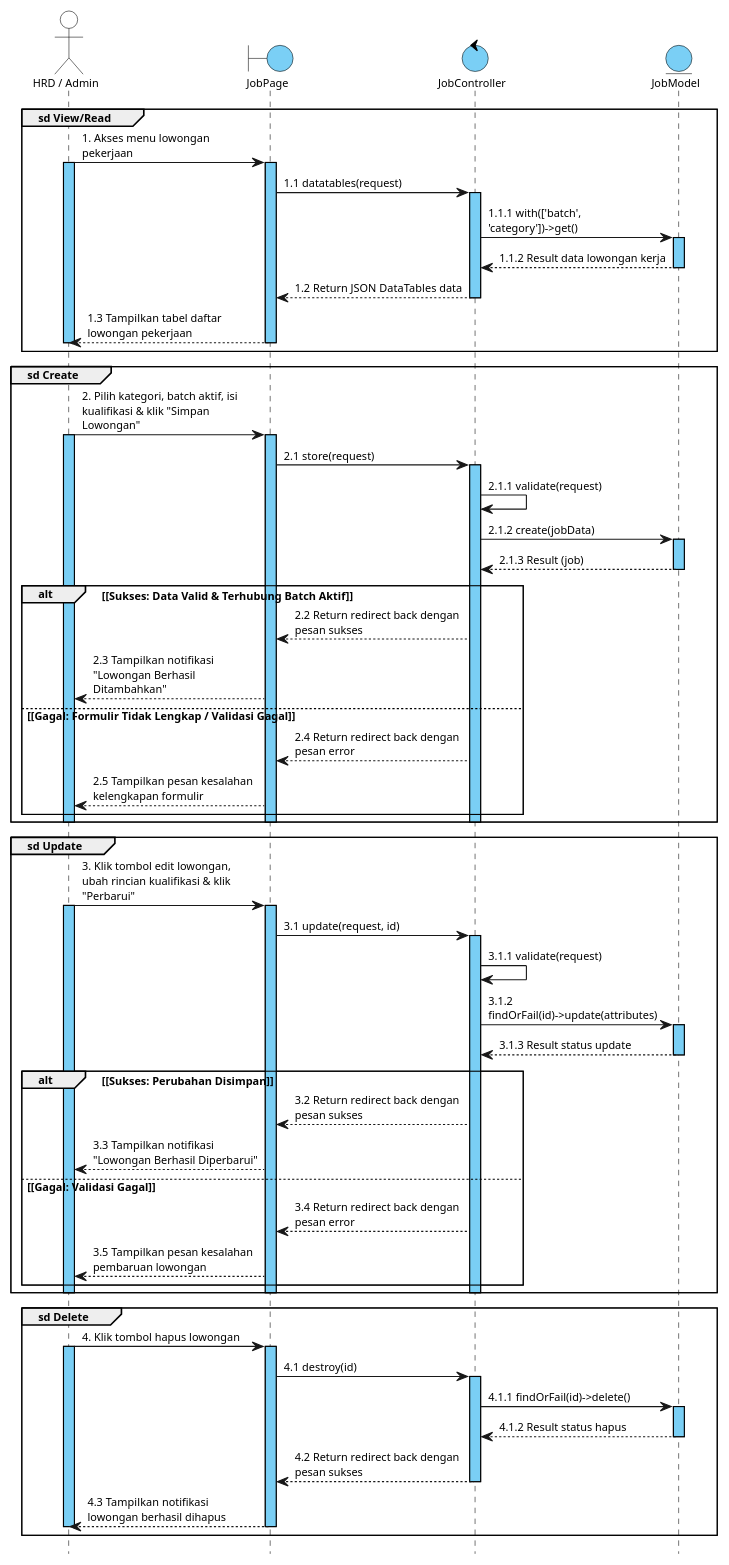
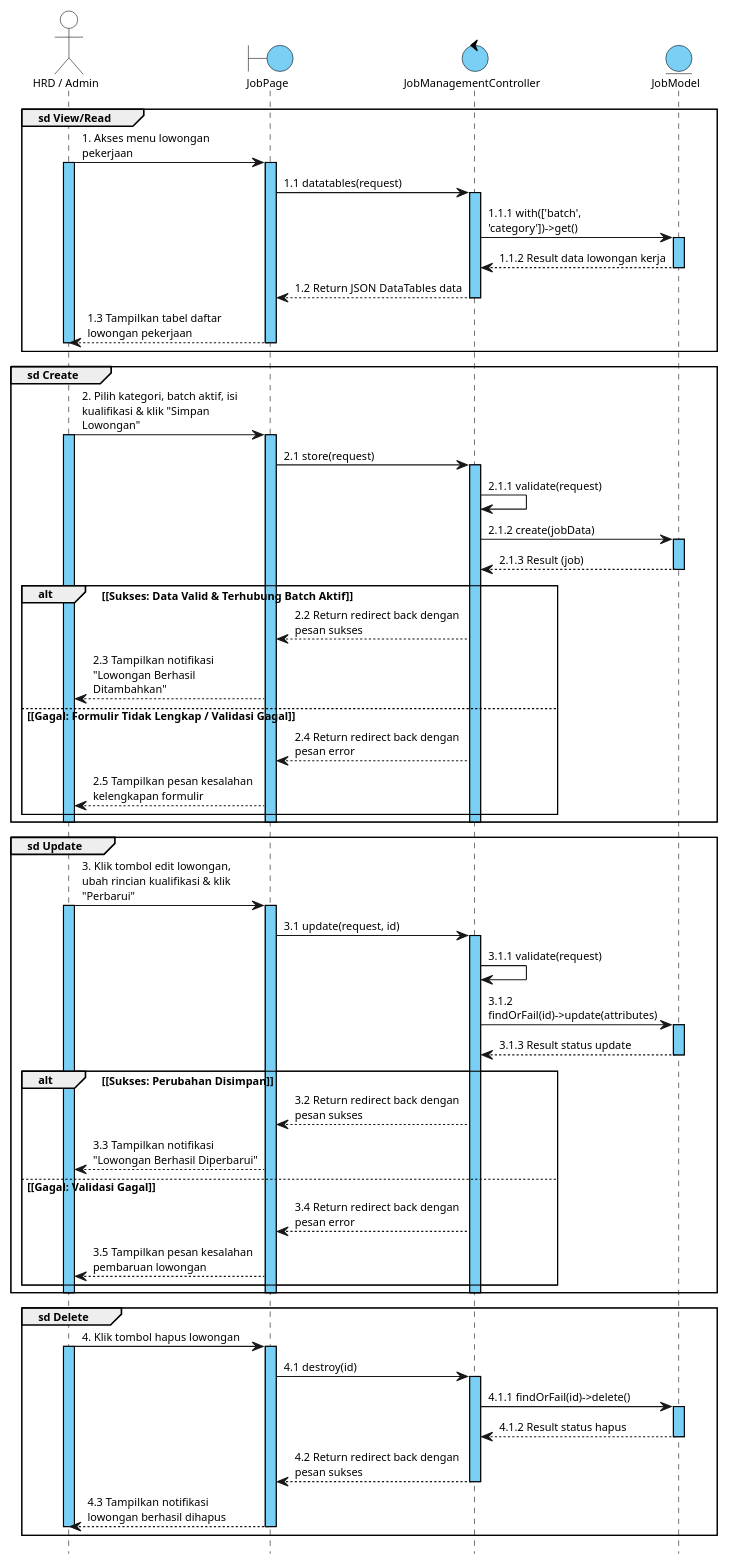
The diagram in public/assets/diagrams/VP/Sequence/UC-10_Kelola_Lowongan_Sequence.puml (Madtive-Studio/klinik_keluarga_career), drawn with PlantUML before and after one commit. The commit also changed 10 other files, not shown here.

Commit message:
docs: sync deployment, class and sequence diagrams and report with codebase

```diff
--- a/public/assets/diagrams/VP/Sequence/UC-10_Kelola_Lowongan_Sequence.puml
+++ b/public/assets/diagrams/VP/Sequence/UC-10_Kelola_Lowongan_Sequence.puml
@@ -1,142 +1,142 @@
 @startuml UC-10_Kelola_Lowongan_Sequence
 skinparam defaultFontName Arial
 skinparam defaultFontSize 10
 skinparam shadowing false
 skinparam sequenceArrowThickness 1
 skinparam sequenceParticipantBorderThickness 1
 skinparam sequenceLifeLineBorderColor #000000
 skinparam sequenceLifeLineBorderThickness 1
 skinparam sequenceLifeLineBackgroundColor #7ACFF5
 skinparam sequenceGroupBorderThickness 1
 skinparam sequenceGroupFontSize 10
 skinparam sequenceGroupHeaderFontColor #000000
 skinparam sequenceGroupFontColor #000000
 skinparam sequenceMessageAlign left
 skinparam responseMessageBelowArrow true
 skinparam maxMessageSize 160
 skinparam pageMargin 10
 hide footbox
 
 skinparam participant {
   BackgroundColor #7ACFF5
   BorderColor #000000
   FontSize 10
 }
 
 skinparam actor {
   BackgroundColor #FFFFFF
   BorderColor #000000
   FontSize 10
 }
 
 skinparam boundary {
   BackgroundColor #7ACFF5
   BorderColor #000000
   FontSize 10
 }
 
 skinparam control {
   BackgroundColor #7ACFF5
   BorderColor #000000
   FontSize 10
 }
 
 skinparam entity {
   BackgroundColor #7ACFF5
   BorderColor #000000
   FontSize 10
 }
 
 ' Deklarasi Lifeline
 actor "HRD / Admin" as HRD
 boundary "JobPage" as Page
-control "JobController" as Controller
+control "JobManagementController" as Controller
 entity "JobModel" as Model
 
 ' Group sd View/Read: Akses Data Lowongan
 group sd View/Read
   HRD -> Page : 1. Akses menu lowongan pekerjaan
   activate HRD
   activate Page
   Page -> Controller : 1.1 datatables(request)
   activate Controller
   Controller -> Model : 1.1.1 with(['batch', 'category'])->get()
   activate Model
   Model --> Controller : 1.1.2 Result data lowongan kerja
   deactivate Model
   Controller --> Page : 1.2 Return JSON DataTables data
   deactivate Controller
   Page --> HRD : 1.3 Tampilkan tabel daftar lowongan pekerjaan
   deactivate Page
   deactivate HRD
 end
 
 ' Group sd Create: Buat Posisi Lowongan Baru
 group sd Create
   HRD -> Page : 2. Pilih kategori, batch aktif, isi kualifikasi & klik "Simpan Lowongan"
   activate HRD
   activate Page
   Page -> Controller : 2.1 store(request)
   activate Controller
   Controller -> Controller : 2.1.1 validate(request)
   Controller -> Model : 2.1.2 create(jobData)
   activate Model
   Model --> Controller : 2.1.3 Result (job)
   deactivate Model
 
   alt <font color=black>[Sukses: Data Valid & Terhubung Batch Aktif]</font>
     Controller --> Page : 2.2 Return redirect back dengan pesan sukses
     Page --> HRD : 2.3 Tampilkan notifikasi "Lowongan Berhasil Ditambahkan"
   else <font color=black>[Gagal: Formulir Tidak Lengkap / Validasi Gagal]</font>
     Controller --> Page : 2.4 Return redirect back dengan pesan error
     Page --> HRD : 2.5 Tampilkan pesan kesalahan kelengkapan formulir
   end
   deactivate Controller
   deactivate Page
   deactivate HRD
 end
 
 ' Group sd Update: Ubah Data Lowongan
 group sd Update
   HRD -> Page : 3. Klik tombol edit lowongan, ubah rincian kualifikasi & klik "Perbarui"
   activate HRD
   activate Page
   Page -> Controller : 3.1 update(request, id)
   activate Controller
   Controller -> Controller : 3.1.1 validate(request)
   Controller -> Model : 3.1.2 findOrFail(id)->update(attributes)
   activate Model
   Model --> Controller : 3.1.3 Result status update
   deactivate Model
 
   alt <font color=black>[Sukses: Perubahan Disimpan]</font>
     Controller --> Page : 3.2 Return redirect back dengan pesan sukses
     Page --> HRD : 3.3 Tampilkan notifikasi "Lowongan Berhasil Diperbarui"
   else <font color=black>[Gagal: Validasi Gagal]</font>
     Controller --> Page : 3.4 Return redirect back dengan pesan error
     Page --> HRD : 3.5 Tampilkan pesan kesalahan pembaruan lowongan
   end
   deactivate Controller
   deactivate Page
   deactivate HRD
 end
 
 ' Group sd Delete: Hapus Lowongan
 group sd Delete
   HRD -> Page : 4. Klik tombol hapus lowongan
   activate HRD
   activate Page
   Page -> Controller : 4.1 destroy(id)
   activate Controller
   Controller -> Model : 4.1.1 findOrFail(id)->delete()
   activate Model
   Model --> Controller : 4.1.2 Result status hapus
   deactivate Model
   Controller --> Page : 4.2 Return redirect back dengan pesan sukses
   deactivate Controller
   Page --> HRD : 4.3 Tampilkan notifikasi lowongan berhasil dihapus
   deactivate Page
   deactivate HRD
 end
 
 @enduml
```
